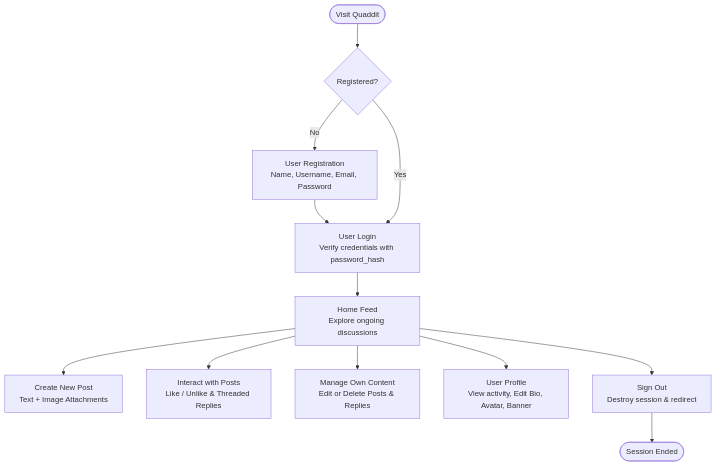
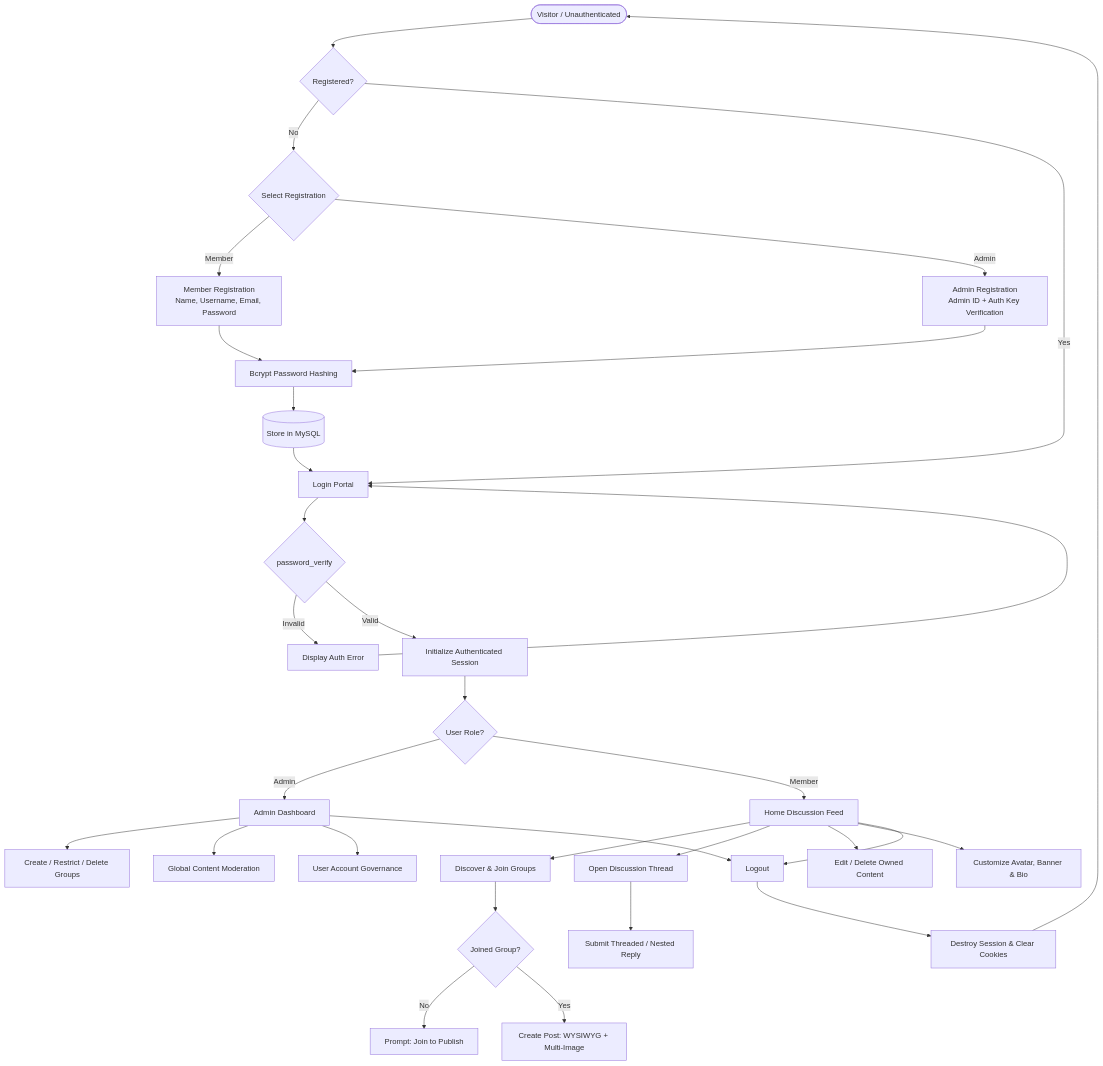
The first of 2 diagrams in README.md (AdityaBiswas-in/FORUM-OR-DISCUSSION-BOARD), drawn with Mermaid before and after one commit. The commit also changed other lines of this file, not shown here.

````diff
--- a/README.md
+++ b/README.md
@@ -73,16 +117,48 @@
 ```mermaid
 flowchart TD
-    Start([Visit Quaddit]) --> AuthCheck{Registered?}
-    AuthCheck -- No --> Register[User Registration<br/>Name, Username, Email, Password]
-    Register --> Login[User Login<br/>Verify credentials with password_hash]
-    AuthCheck -- Yes --> Login
-    Login --> HomeFeed[Home Feed<br/>Explore ongoing discussions]
-
-    HomeFeed --> CreatePost[Create New Post<br/>Text + Image Attachments]
-    HomeFeed --> InteractPost[Interact with Posts<br/>Like / Unlike & Threaded Replies]
-    HomeFeed --> ManageOwn[Manage Own Content<br/>Edit or Delete Posts & Replies]
-    HomeFeed --> ViewProfile[User Profile<br/>View activity, Edit Bio, Avatar, Banner]
-
-    HomeFeed --> Logout[Sign Out<br/>Destroy session & redirect]
-    Logout --> End([Session Ended])
+    Guest([Visitor / Unauthenticated]) --> AuthCheck{Registered?}
+    
+    AuthCheck -- No --> RegChoice{Select Registration}
+    RegChoice -- Member --> RegUser[Member Registration<br/>Name, Username, Email, Password]
+    RegChoice -- Admin --> RegAdmin[Admin Registration<br/>Admin ID + Auth Key Verification]
+    
+    RegUser --> HashBcrypt[Bcrypt Password Hashing]
+    RegAdmin --> HashBcrypt
+    HashBcrypt --> SaveDB[(Store in MySQL)]
+    
+    AuthCheck -- Yes --> LoginGate[Login Portal]
+    SaveDB --> LoginGate
+    LoginGate --> VerifyHash{password_verify}
+    
+    VerifyHash -- Invalid --> LoginErr[Display Auth Error]
+    LoginErr --> LoginGate
+    
+    VerifyHash -- Valid --> CreateSession[Initialize Authenticated Session]
+    CreateSession --> RoleRouter{User Role?}
+    
+    %% Admin Workflow
+    RoleRouter -- Admin --> AdminPanel[Admin Dashboard]
+    AdminPanel --> ModGroups[Create / Restrict / Delete Groups]
+    AdminPanel --> ModContent[Global Content Moderation]
+    AdminPanel --> ModUsers[User Account Governance]
+    
+    %% Member Workflow
+    RoleRouter -- Member --> MainFeed[Home Discussion Feed]
+    MainFeed --> GroupExplorer[Discover & Join Groups]
+    
+    GroupExplorer --> CheckJoined{Joined Group?}
+    CheckJoined -- No --> JoinPrompt[Prompt: Join to Publish]
+    CheckJoined -- Yes --> PostComposer[Create Post: WYSIWYG + Multi-Image]
+    
+    MainFeed --> ViewThread[Open Discussion Thread]
+    ViewThread --> PostReply[Submit Threaded / Nested Reply]
+    
+    MainFeed --> ManageOwn[Edit / Delete Owned Content]
+    MainFeed --> ProfileManager[Customize Avatar, Banner & Bio]
+    
+    %% Sign Out
+    MainFeed --> SignOut[Logout]
+    AdminPanel --> SignOut
+    SignOut --> DestroySession[Destroy Session & Clear Cookies]
+    DestroySession --> Guest
 ```
````
